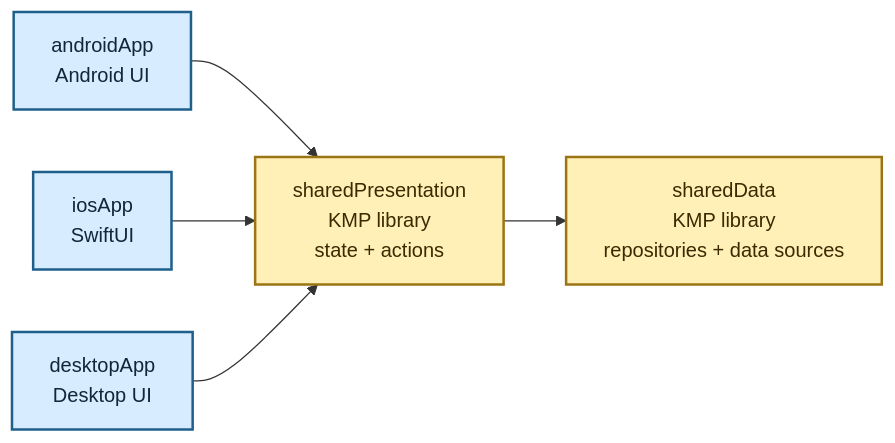
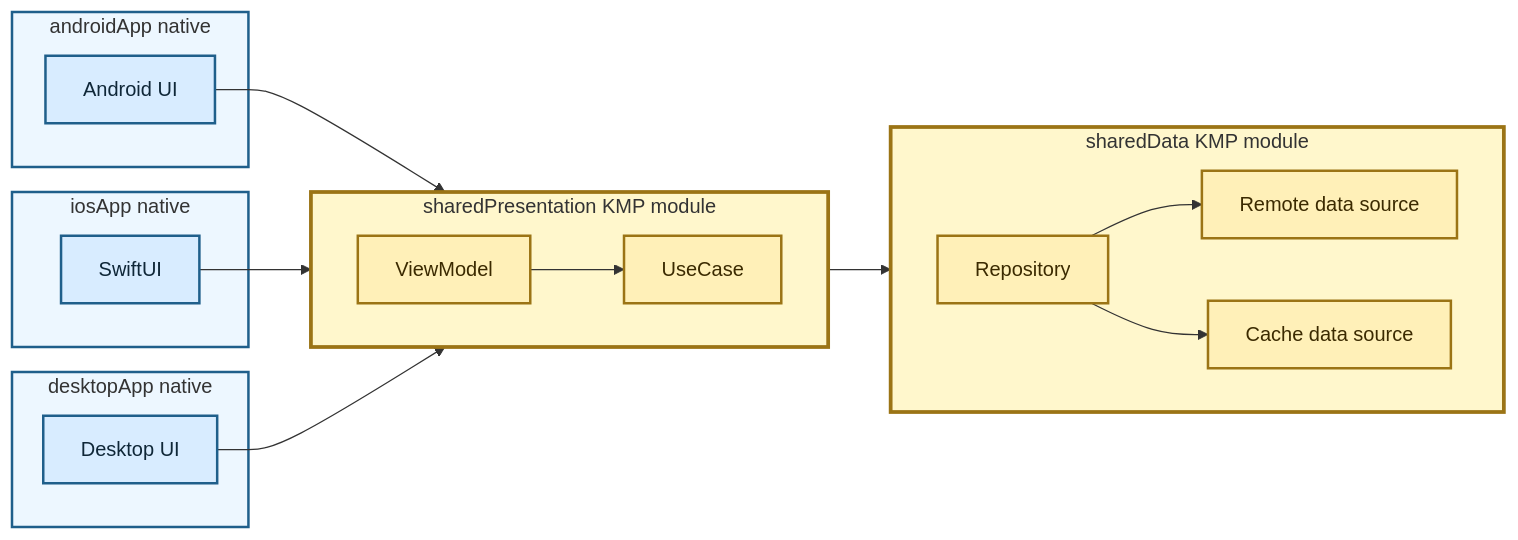
Before and after one commit to TheSetox/kmp-sample-diagrams: the diagram in diagrams/08-kmp-presentation-data-layer.md, drawn with Mermaid. The commit also changed 18 other files, not shown here.

Commit message:
docs: clarify kmp and native diagram boundaries

````diff
--- a/diagrams/08-kmp-presentation-data-layer.md
+++ b/diagrams/08-kmp-presentation-data-layer.md
@@ -5,19 +5,45 @@
 ```mermaid
 flowchart LR
-  SharedPresentation["sharedPresentation\nKMP library\nstate + actions"]
-  SharedData["sharedData\nKMP library\nrepositories + data sources"]
-  SharedPresentation --> SharedData
+  subgraph Android["androidApp native"]
+    AndroidUI["Android UI"]
+  end
 
-  Android["androidApp\nAndroid UI"]
-  IOS["iosApp\nSwiftUI"]
-  Desktop["desktopApp\nDesktop UI"]
+  subgraph IOS["iosApp native"]
+    IOSUI["SwiftUI"]
+  end
 
-  Android --> SharedPresentation
-  IOS --> SharedPresentation
-  Desktop --> SharedPresentation
+  subgraph Desktop["desktopApp native"]
+    DesktopUI["Desktop UI"]
+  end
+
+  subgraph Presentation["sharedPresentation KMP module"]
+    direction LR
+    VM["ViewModel"]
+    UseCase["UseCase"]
+    VM --> UseCase
+  end
+
+  subgraph Data["sharedData KMP module"]
+    direction LR
+    Repository["Repository"]
+    Remote["Remote data source"]
+    Cache["Cache data source"]
+    Repository --> Remote
+    Repository --> Cache
+  end
+
+  AndroidUI --> VM
+  IOSUI --> VM
+  DesktopUI --> VM
+  UseCase --> Repository
 
   classDef app fill:#d8ecff,stroke:#1f5f8b,color:#0f2738,stroke-width:2px;
-  classDef shared fill:#fff0b8,stroke:#9b7415,color:#3b2a00,stroke-width:2px;
-  class Android,IOS,Desktop app;
-  class SharedPresentation,SharedData shared;
+  classDef kmp fill:#fff0b8,stroke:#9b7415,color:#3b2a00,stroke-width:2px;
+  class AndroidUI,IOSUI,DesktopUI app;
+  class VM,UseCase,Repository,Remote,Cache kmp;
+  style Android fill:#edf7ff,stroke:#1f5f8b,stroke-width:2px
+  style IOS fill:#edf7ff,stroke:#1f5f8b,stroke-width:2px
+  style Desktop fill:#edf7ff,stroke:#1f5f8b,stroke-width:2px
+  style Presentation fill:#fff7cc,stroke:#9b7415,stroke-width:3px
+  style Data fill:#fff7cc,stroke:#9b7415,stroke-width:3px
 ```
````
